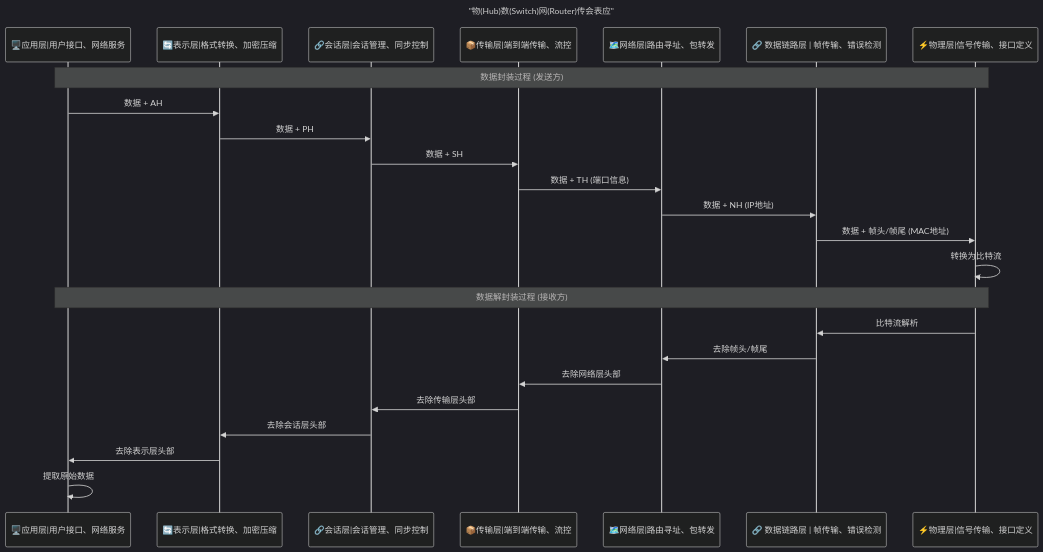
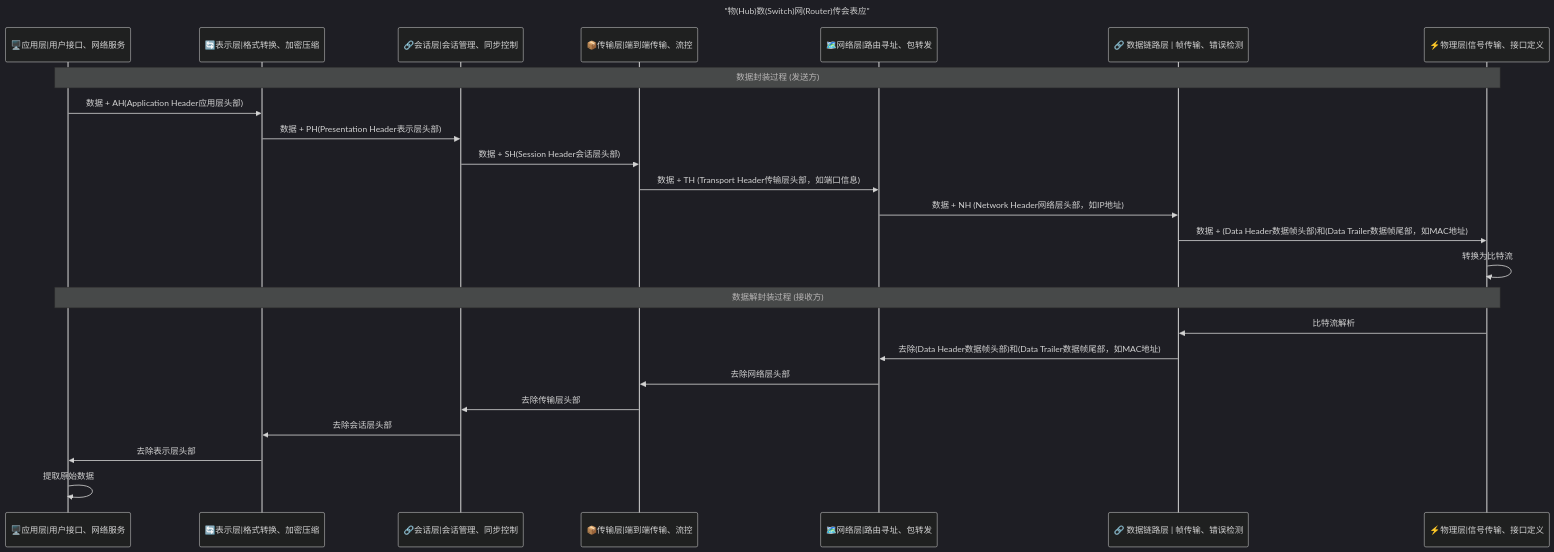
Diagram 35 of 35 in 软考笔记-软考中级-软件设计师.md (luotaofun/software-designer), drawn with Mermaid (dark theme) before and after one commit. The commit also changed other lines of this file and 4 other files, not shown here.

````diff
--- a/软考笔记-软考中级-软件设计师.md
+++ b/软考笔记-软考中级-软件设计师.md
@@ -4039,29 +4043,29 @@
 ```mermaid
 sequenceDiagram 
 	title "物(Hub)数(Switch)网(Router)传会表应"
     participant App as 🖥️应用层|用户接口、网络服务 
     participant Pre as 🔄表示层|格式转换、加密压缩 
     participant Ses as 🔗会话层|会话管理、同步控制 
     participant Tra as 📦传输层|端到端传输、流控 
     participant Net as 🗺️网络层|路由寻址、包转发 
     participant "Link" as 🔗 数据链路层 | 帧传输、错误检测 
     participant Phy as ⚡物理层|信号传输、接口定义 
 
     Note over App,Phy: 数据封装过程 (发送方)
-    App->>Pre: 数据 + AH
-    Pre->>Ses: 数据 + PH
-    Ses->>Tra: 数据 + SH
-    Tra->>Net: 数据 + TH (端口信息)
-    Net->>"Link": 数据 + NH (IP地址)
-    "Link"->>Phy: 数据 + 帧头/帧尾 (MAC地址)
+    App->>Pre: 数据 + AH(Application Header应用层头部)
+    Pre->>Ses: 数据 + PH(Presentation Header表示层头部)
+    Ses->>Tra: 数据 + SH(Session Header会话层头部)
+    Tra->>Net: 数据 + TH (Transport Header传输层头部，如端口信息)
+    Net->>"Link": 数据 + NH (Network Header网络层头部，如IP地址)
+    "Link"->>Phy: 数据 + (Data Header数据帧头部)和(Data Trailer数据帧尾部，如MAC地址)
     Phy->>Phy: 转换为比特流
 
     Note over Phy,App: 数据解封装过程 (接收方)
     Phy->>"Link": 比特流解析
-    "Link"->>Net: 去除帧头/帧尾
+    "Link"->>Net: 去除(Data Header数据帧头部)和(Data Trailer数据帧尾部，如MAC地址)
     Net->>Tra: 去除网络层头部
     Tra->>Ses: 去除传输层头部
     Ses->>Pre: 去除会话层头部
     Pre->>App: 去除表示层头部
     App->>App: 提取原始数据
 ```
````
